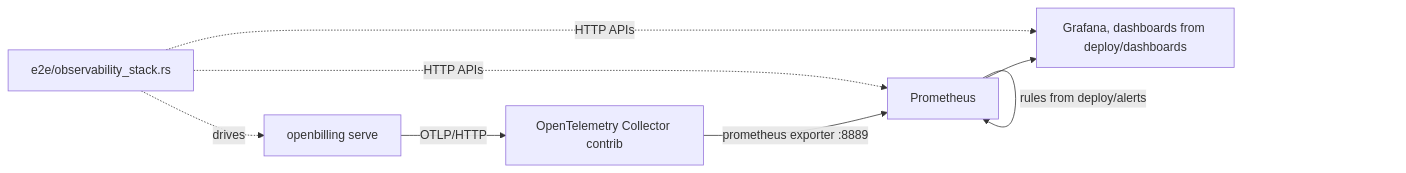
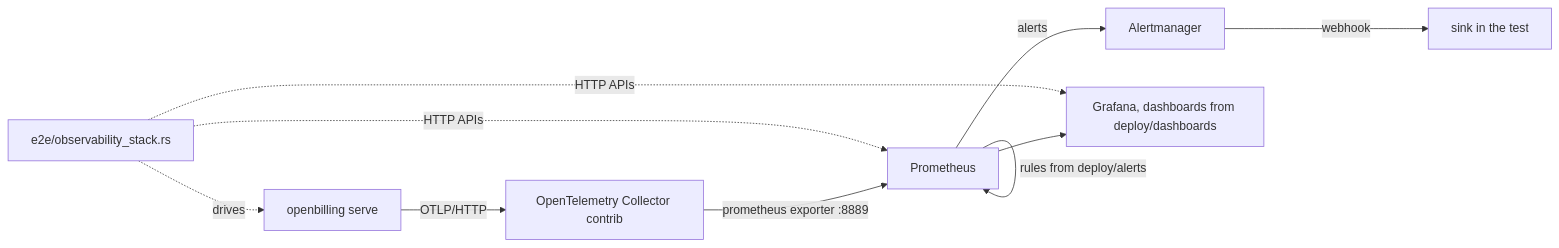
Before and after one commit to vaam-apps/openbilling-rs: the first of 2 diagrams in tools/observability/README.md, drawn with Mermaid. The commit also changed other lines of this file and 11 other files, not shown here.

````diff
--- a/tools/observability/README.md
+++ b/tools/observability/README.md
@@ -6,10 +6,12 @@
 ```mermaid
 flowchart LR
   S[openbilling serve] -- OTLP/HTTP --> C[OpenTelemetry Collector contrib]
   C -- prometheus exporter :8889 --> P[Prometheus]
   P -- rules from deploy/alerts --> P
+  P -- alerts --> A[Alertmanager]
+  A -- webhook --> K[sink in the test]
   P --> G[Grafana, dashboards from deploy/dashboards]
   T[e2e/observability_stack.rs] -. HTTP APIs .-> P
   T -. HTTP APIs .-> G
   T -. drives .-> S
 ```
````
